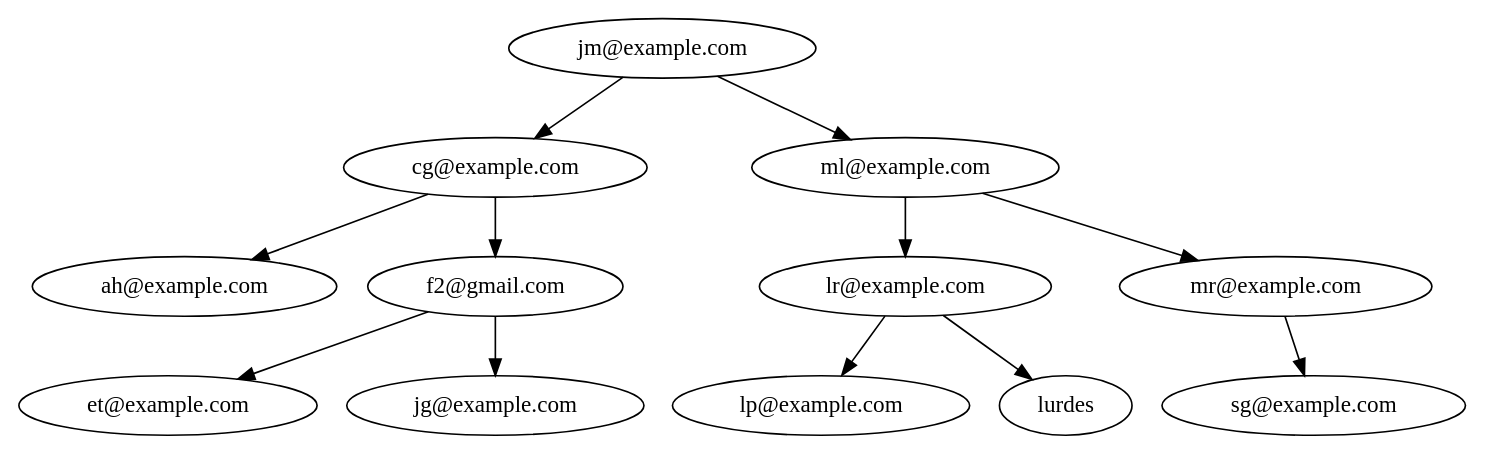
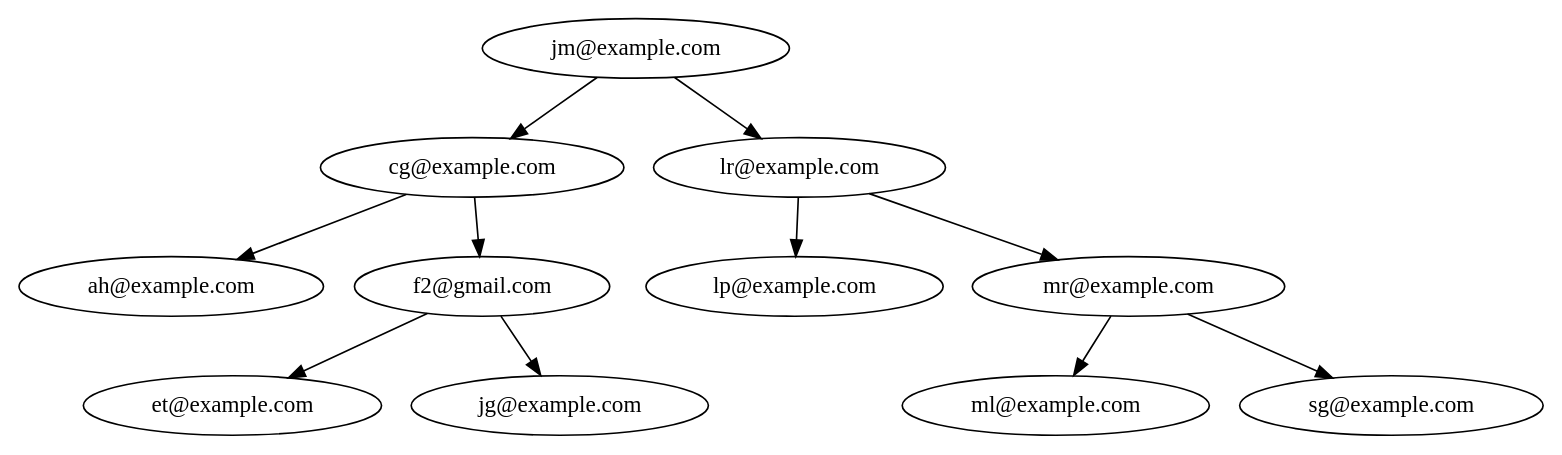
One commit to lurdesss/-EDD-Proyecto_202103763 changed the diagram in Fase2/SocialStructure/salida/arbol_avl.dot. Above: the diagram before and after it, drawn with Graphviz. The commit also changed 8 other files, not shown here.

```diff
--- a/Fase2/SocialStructure/salida/arbol_avl.dot
+++ b/Fase2/SocialStructure/salida/arbol_avl.dot
@@ -1,25 +1,23 @@
 digraph AVLTree {
     "jm@example.com" [label="jm@example.com"];
     "jm@example.com" -> "cg@example.com";
     "cg@example.com" [label="cg@example.com"];
     "cg@example.com" -> "ah@example.com";
     "ah@example.com" [label="ah@example.com"];
     "cg@example.com" -> "f2@gmail.com";
     "f2@gmail.com" [label="f2@gmail.com"];
     "f2@gmail.com" -> "et@example.com";
     "et@example.com" [label="et@example.com"];
     "f2@gmail.com" -> "jg@example.com";
     "jg@example.com" [label="jg@example.com"];
-    "jm@example.com" -> "ml@example.com";
-    "ml@example.com" [label="ml@example.com"];
-    "ml@example.com" -> "lr@example.com";
+    "jm@example.com" -> "lr@example.com";
     "lr@example.com" [label="lr@example.com"];
     "lr@example.com" -> "lp@example.com";
     "lp@example.com" [label="lp@example.com"];
-    "lr@example.com" -> "lurdes";
-    "lurdes" [label="lurdes"];
-    "ml@example.com" -> "mr@example.com";
+    "lr@example.com" -> "mr@example.com";
     "mr@example.com" [label="mr@example.com"];
+    "mr@example.com" -> "ml@example.com";
+    "ml@example.com" [label="ml@example.com"];
     "mr@example.com" -> "sg@example.com";
     "sg@example.com" [label="sg@example.com"];
 }
```
